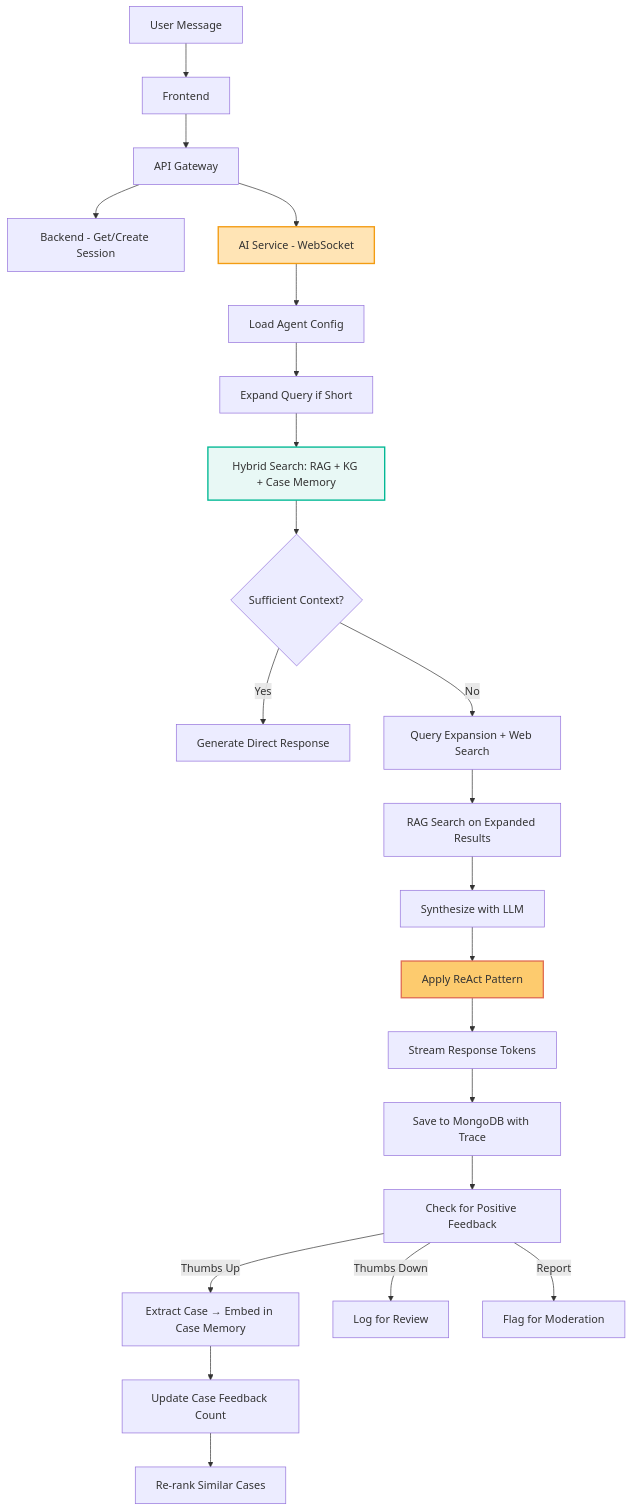
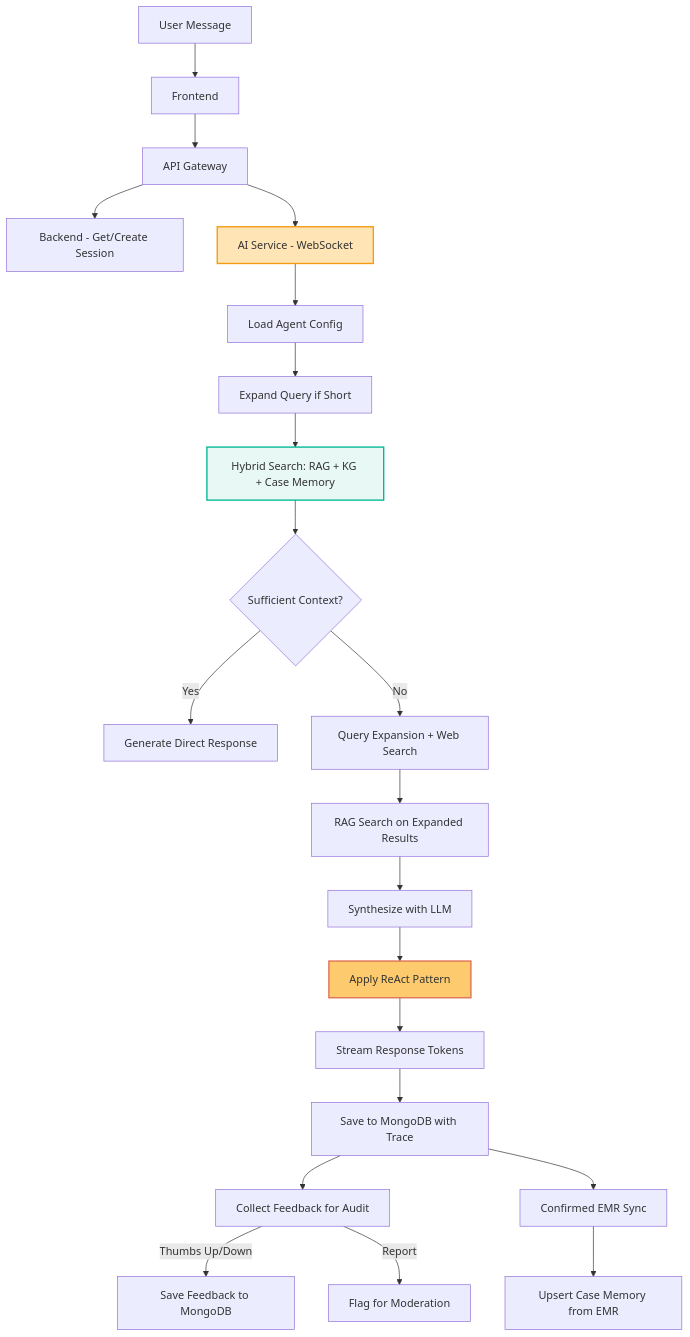
One commit to espresso23/Petties-Veterinary-Appointment-Booking-Platform changed the fifth of 6 diagrams in docs-references/presentation/AI_SERVICE_ARCHITECTURE_PRESENTATION.md. Above: the diagram before and after it, drawn with Mermaid. The commit also changed other lines of this file and 48 other files, not shown here.

````diff
--- a/docs-references/presentation/AI_SERVICE_ARCHITECTURE_PRESENTATION.md
+++ b/docs-references/presentation/AI_SERVICE_ARCHITECTURE_PRESENTATION.md
@@ -280,32 +280,31 @@
 ```mermaid
 flowchart TD
     A[User Message] --> B[Frontend]
     B --> C[API Gateway]
     C --> D[Backend - Get/Create Session]
     C --> E[AI Service - WebSocket]
     
     E --> F[Load Agent Config]
     F --> G[Expand Query if Short]
     G --> H[Hybrid Search: RAG + KG + Case Memory]
     
     H --> I{Sufficient Context?}
     I -->|Yes| J[Generate Direct Response]
     I -->|No| K[Query Expansion + Web Search]
     K --> L[RAG Search on Expanded Results]
     L --> M[Synthesize with LLM]
     M --> N[Apply ReAct Pattern]
     
     N --> O[Stream Response Tokens]
     O --> P[Save to MongoDB with Trace]
-    P --> Q[Check for Positive Feedback]
-    Q -->|Thumbs Up| R[Extract Case → Embed in Case Memory]
-    Q -->|Thumbs Down| S[Log for Review]
-    Q -->|Report| T[Flag for Moderation]
+    P --> Q[Collect Feedback for Audit]
+    Q -->|Thumbs Up/Down| R[Save Feedback to MongoDB]
+    Q -->|Report| S[Flag for Moderation]
     
-    R --> U[Update Case Feedback Count]
-    U --> V[Re-rank Similar Cases]
+    P --> T[Confirmed EMR Sync]
+    T --> U[Upsert Case Memory from EMR]
     
     style E fill:#ffe4b5,stroke:#f39c12,stroke-width:2px
     style H fill:#e8f8f5,stroke:#00b894,stroke-width:2px
     style N fill:#fdcb6e,stroke:#e17055,stroke-width:2px
 ```
````
